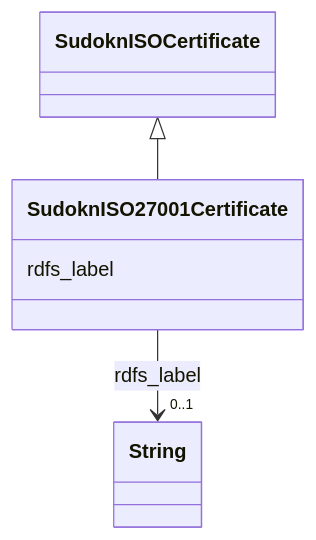
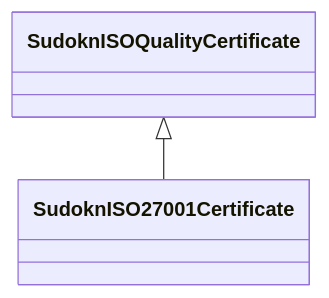
One commit to frink-okn/graph-descriptions changed the diagram in sudokn-kg/classes/SudoknISO27001Certificate.md. Above: the diagram before and after it, drawn with Mermaid. The commit also changed other lines of this file and 903 other files, not shown here.

````diff
--- a/sudokn-kg/classes/SudoknISO27001Certificate.md
+++ b/sudokn-kg/classes/SudoknISO27001Certificate.md
@@ -23,18 +16,9 @@
 ```mermaid
  classDiagram
     class SudoknISO27001Certificate
     click SudoknISO27001Certificate href "../SudoknISO27001Certificate"
-      SudoknISOCertificate <|-- SudoknISO27001Certificate
-        click SudoknISOCertificate href "../SudoknISOCertificate"
+      SudoknISOQualityCertificate <|-- SudoknISO27001Certificate
+        click SudoknISOQualityCertificate href "../SudoknISOQualityCertificate"
       
-      SudoknISO27001Certificate : rdfs_label
-        
-          
-    
-    
-    SudoknISO27001Certificate --> "0..1" String : rdfs_label
-    click String href "../String"
-
-        
       
 ```
````
